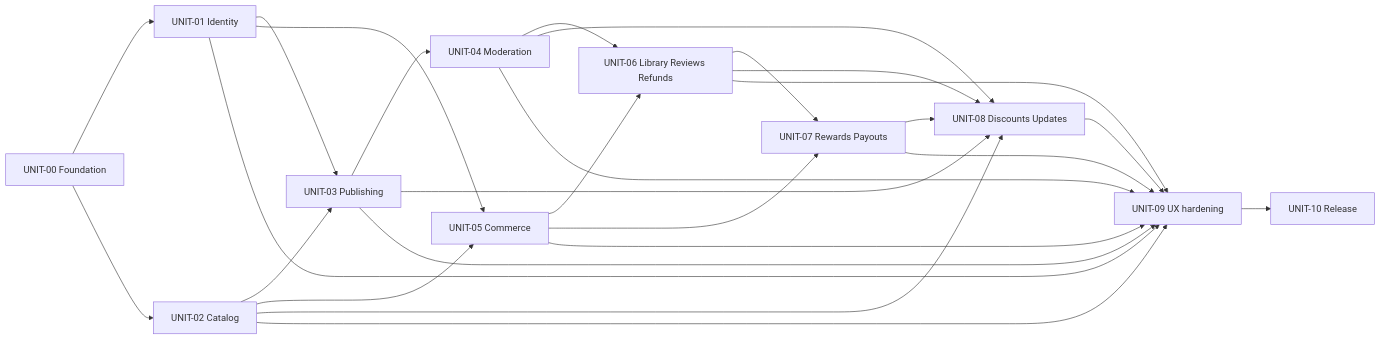
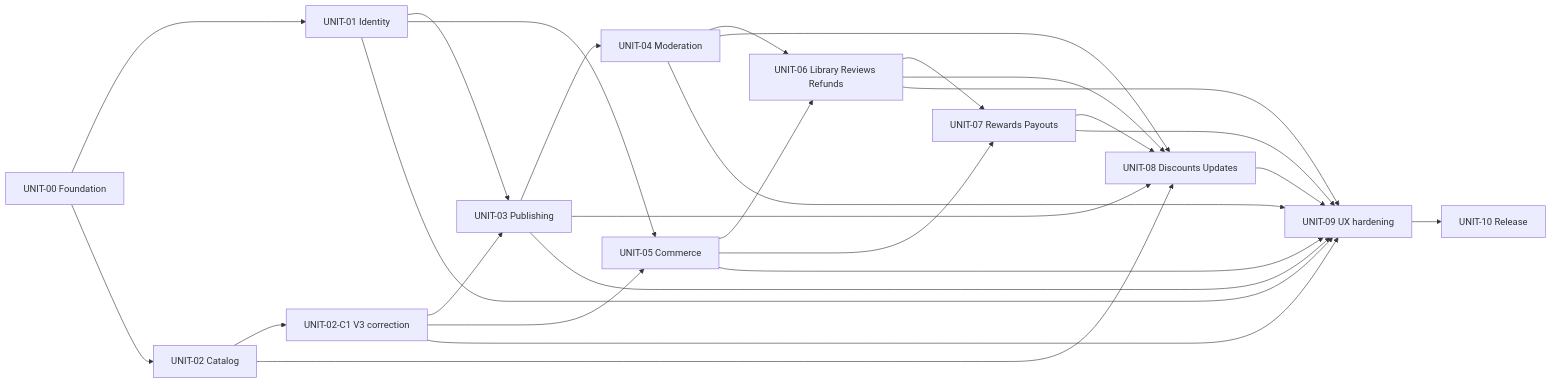
The diagram in docs/development-plan.md (Ingwarski/UkieBook-3), drawn with Mermaid before and after one commit. The commit also changed other lines of this file and 66 other files, not shown here.

Commit message:
feat: implement UNIT-02-C1 correction

````diff
--- a/docs/development-plan.md
+++ b/docs/development-plan.md
@@ -330,28 +344,29 @@
 ```mermaid
 flowchart LR
   U00[UNIT-00 Foundation] --> U01[UNIT-01 Identity]
   U00 --> U02[UNIT-02 Catalog]
+  U02 --> U02C1[UNIT-02-C1 V3 correction]
   U01 --> U03[UNIT-03 Publishing]
-  U02 --> U03
+  U02C1 --> U03
   U03 --> U04[UNIT-04 Moderation]
   U01 --> U05[UNIT-05 Commerce]
-  U02 --> U05
+  U02C1 --> U05
   U04 --> U06[UNIT-06 Library Reviews Refunds]
   U05 --> U06
   U05 --> U07[UNIT-07 Rewards Payouts]
   U06 --> U07
   U02 --> U08[UNIT-08 Discounts Updates]
   U03 --> U08
   U04 --> U08
   U06 --> U08
   U07 --> U08
   U01 --> U09[UNIT-09 UX hardening]
-  U02 --> U09
+  U02C1 --> U09
   U03 --> U09
   U04 --> U09
   U05 --> U09
   U06 --> U09
   U07 --> U09
   U08 --> U09
   U09 --> U10[UNIT-10 Release]
 ```
````
